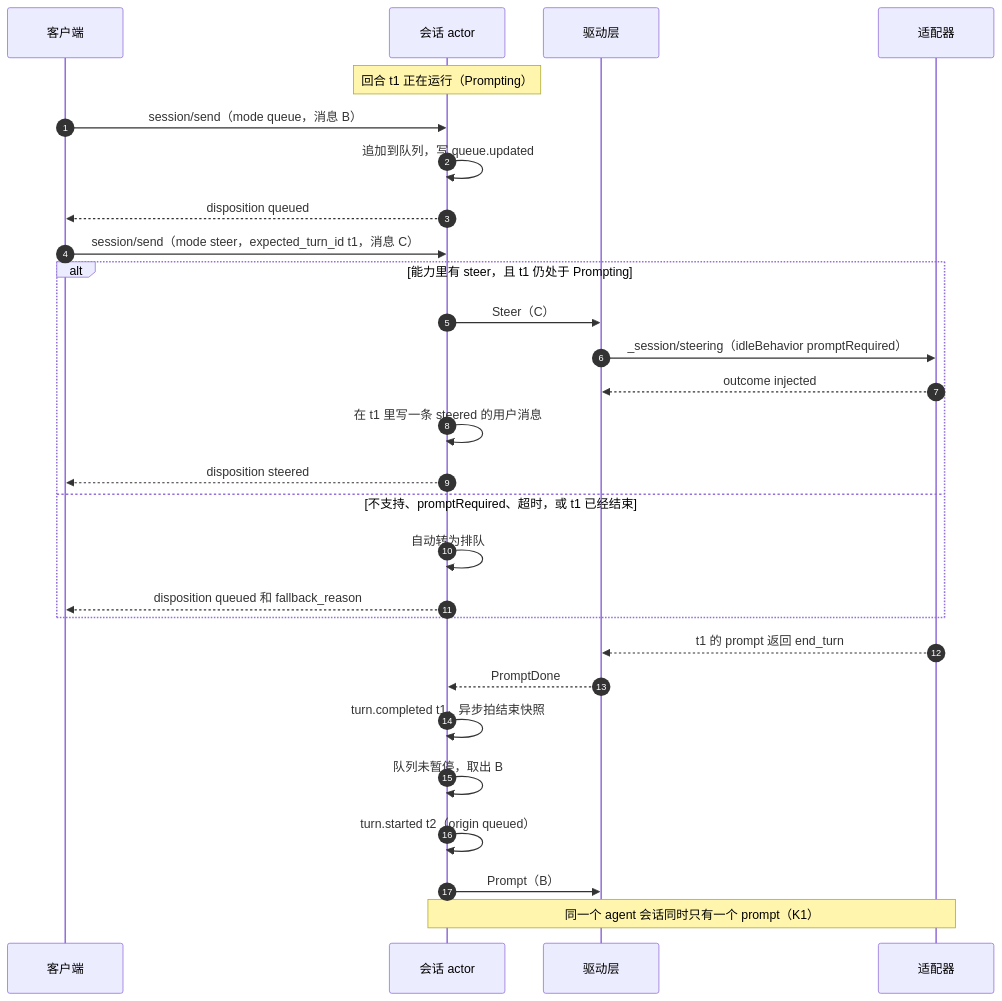
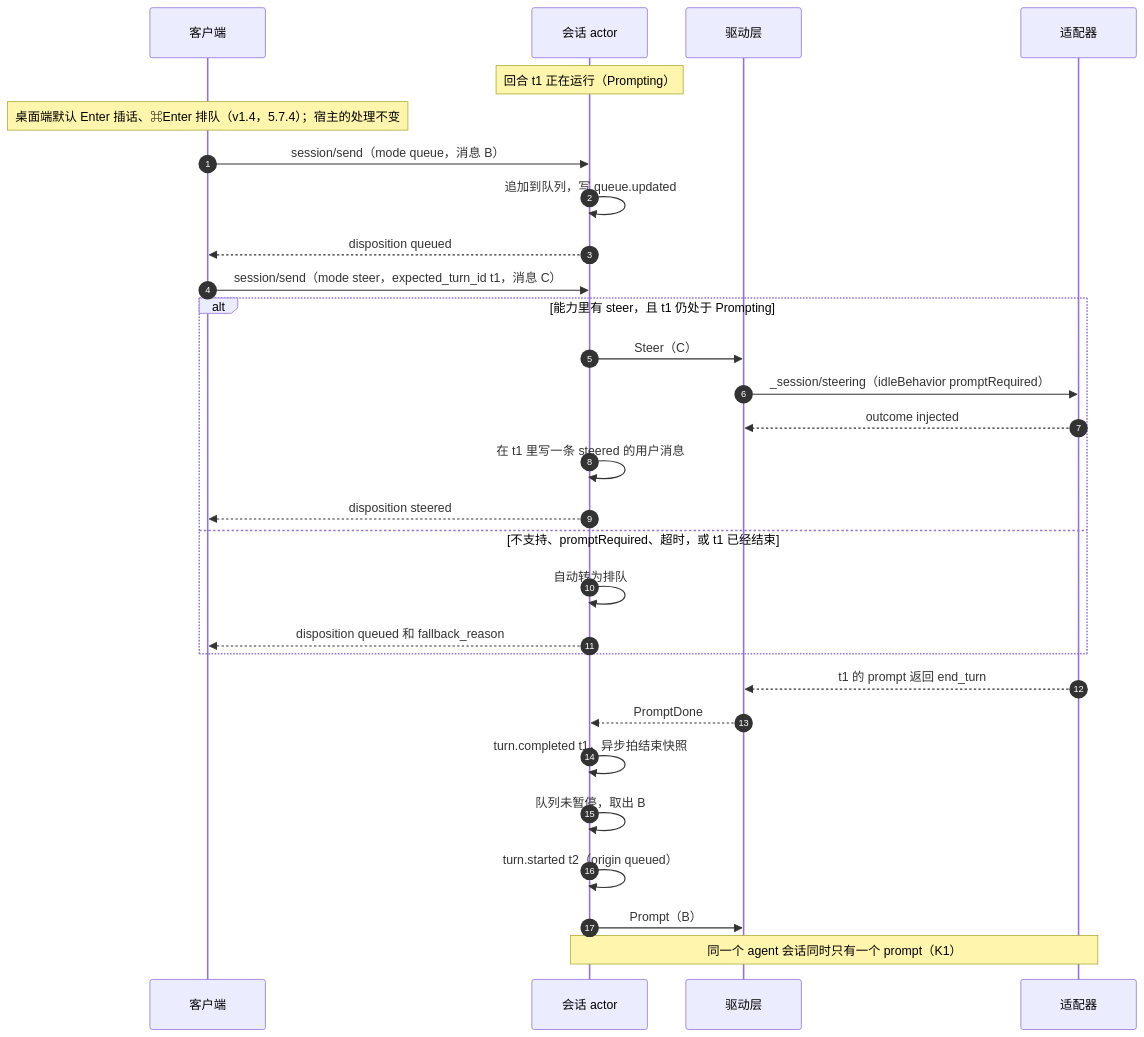
One commit to boris-w/cupper changed the third of 11 diagrams in docs/design/05-flows.md. Above: the diagram before and after it, drawn with Mermaid. The commit also changed other lines of this file and 8 other files, not shown here.

````diff
--- a/docs/design/05-flows.md
+++ b/docs/design/05-flows.md
@@ -116,30 +116,31 @@
 ```mermaid
 sequenceDiagram
   autonumber
   participant R as 客户端
   participant S as 会话 actor
   participant A as 驱动层
   participant AD as 适配器
   Note over S: 回合 t1 正在运行（Prompting）
+  Note over R: 桌面端默认 Enter 插话、⌘Enter 排队（v1.4，5.7.4）；宿主的处理不变
   R->>S: session/send（mode queue，消息 B）
   S->>S: 追加到队列，写 queue.updated
   S-->>R: disposition queued
   R->>S: session/send（mode steer，expected_turn_id t1，消息 C）
   alt 能力里有 steer，且 t1 仍处于 Prompting
     S->>A: Steer（C）
     A->>AD: _session/steering（idleBehavior promptRequired）
     AD-->>A: outcome injected
     S->>S: 在 t1 里写一条 steered 的用户消息
     S-->>R: disposition steered
   else 不支持、promptRequired、超时，或 t1 已经结束
     S->>S: 自动转为排队
     S-->>R: disposition queued 和 fallback_reason
   end
   AD-->>A: t1 的 prompt 返回 end_turn
   A-->>S: PromptDone
   S->>S: turn.completed t1，异步拍结束快照
   S->>S: 队列未暂停，取出 B
   S->>S: turn.started t2（origin queued）
   S->>A: Prompt（B）
   Note over S,AD: 同一个 agent 会话同时只有一个 prompt（K1）
 ```
````
